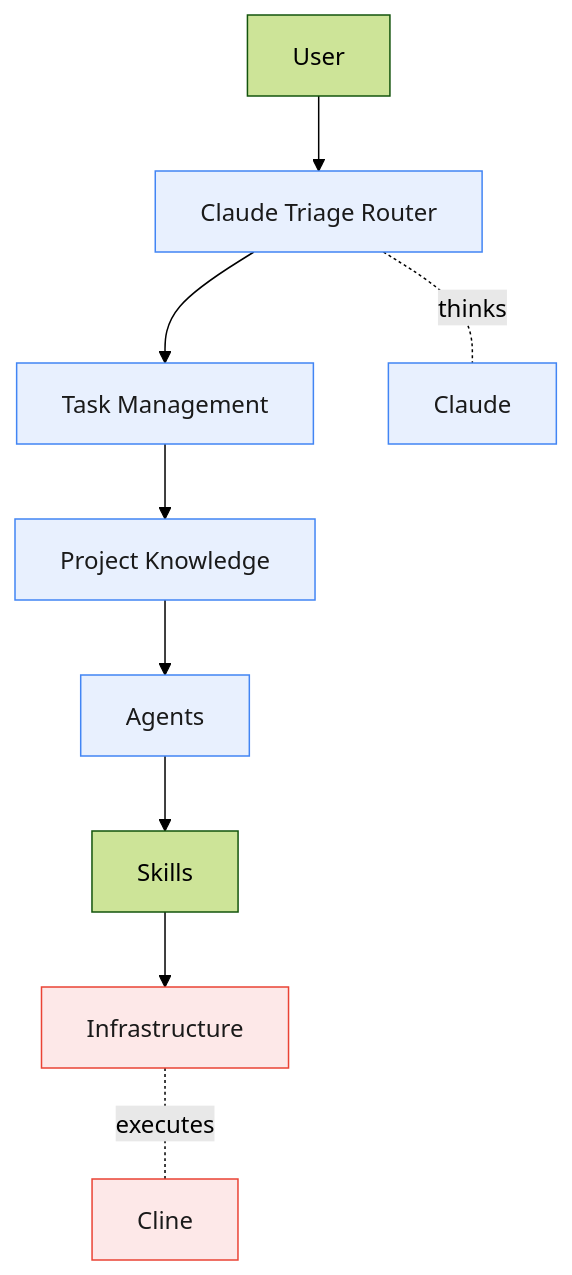
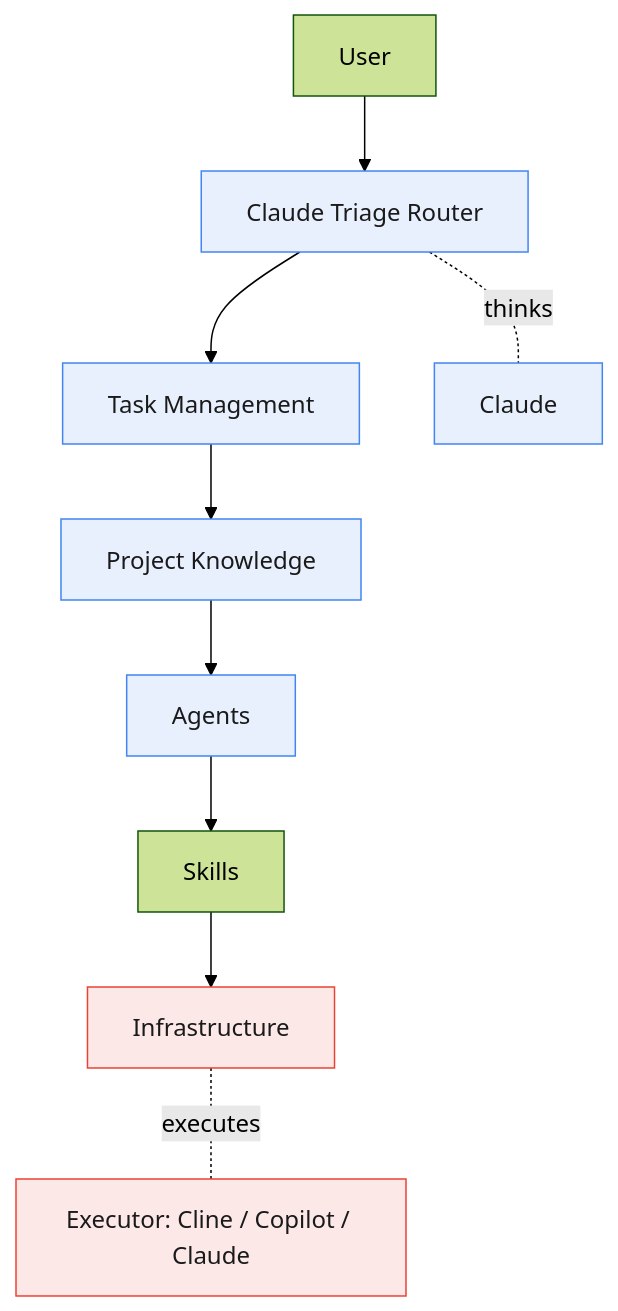
One commit to Vtquan123/strix changed the first of 2 diagrams in README.md. Above: the diagram before and after it, drawn with Mermaid (forest theme). The commit also changed other lines of this file and 95 other files, not shown here.

````diff
--- a/README.md
+++ b/README.md
@@ -58,14 +64,14 @@
 ```mermaid
 flowchart TD
     U[User] --> R[Claude Triage Router]
     R --> TM[Task Management]
     TM --> PK[Project Knowledge]
     PK --> AG[Agents]
     AG --> SK[Skills]
     SK --> IN[Infrastructure]
     R -. thinks .- CL[Claude]
-    IN -. executes .- CLN[Cline]
+    IN -. executes .- CLN[Executor: Cline / Copilot / Claude]
     classDef think fill:#e8f0fe,stroke:#4285f4,color:#1a1a1a;
     classDef exec fill:#fde8e8,stroke:#ea4335,color:#1a1a1a;
     class R,TM,PK,AG,CL think; class IN,CLN exec;
 ```
````
